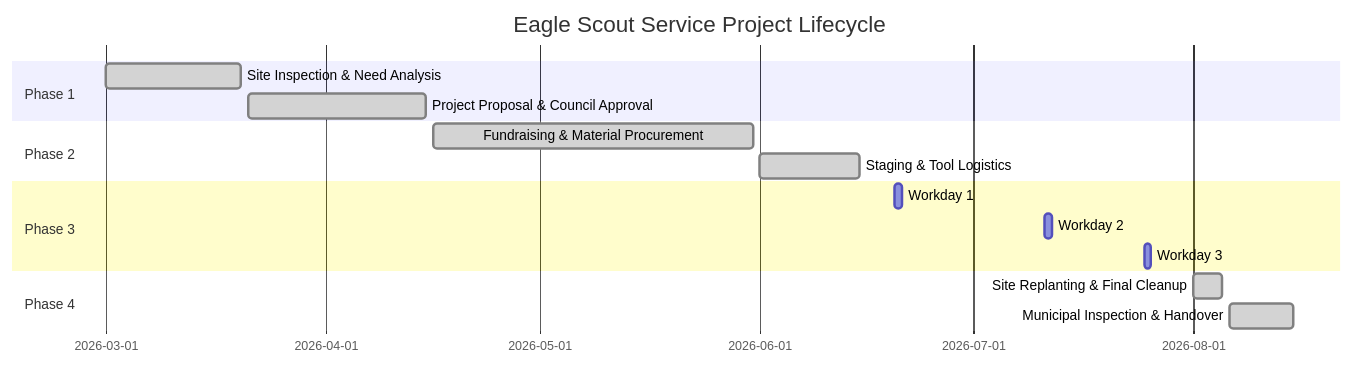
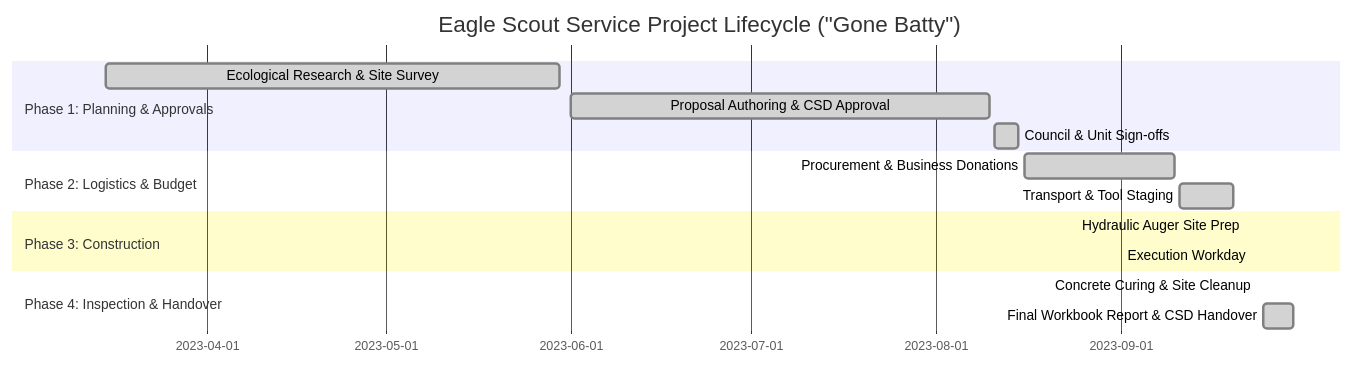
One commit to austinhttps/gonebatty-eaglescout changed the diagram in README.md. Above: the diagram before and after it, drawn with Mermaid. The commit also changed other lines of this file and 1 other file, not shown here.

Commit message:
feat: update website and documentation with Gone Batty wildlife conservation project details

````diff
--- a/README.md
+++ b/README.md
@@ -78,18 +81,18 @@
 ```mermaid
 gantt
-    title Eagle Scout Service Project Lifecycle
+    title Eagle Scout Service Project Lifecycle ("Gone Batty")
     dateFormat  YYYY-MM-DD
-    section Phase 1
-    Site Inspection & Need Analysis      :done, 2026-03-01, 2026-03-20
-    Project Proposal & Council Approval   :done, 2026-03-21, 2026-04-15
-    section Phase 2
-    Fundraising & Material Procurement   :done, 2026-04-16, 2026-05-31
-    Staging & Tool Logistics             :done, 2026-06-01, 2026-06-15
-    section Phase 3
-    Workday 1: Excavation & Footings     :done, 2026-06-20, 2026-06-21
-    Workday 2: Framing & Joists          :done, 2026-07-11, 2026-07-12
-    Workday 3: Decking & Kickrails       :done, 2026-07-25, 2026-07-26
-    section Phase 4
-    Site Replanting & Final Cleanup      :done, 2026-08-01, 2026-08-05
-    Municipal Inspection & Handover      :done, 2026-08-06, 2026-08-15
+    section Phase 1: Planning & Approvals
+    Ecological Research & Site Survey    :done, 2023-03-15, 2023-05-30
+    Proposal Authoring & CSD Approval    :done, 2023-06-01, 2023-08-10
+    Council & Unit Sign-offs             :done, 2023-08-11, 2023-08-15
+    section Phase 2: Logistics & Budget
+    Procurement & Business Donations     :done, 2023-08-16, 2023-09-10
+    Transport & Tool Staging             :done, 2023-09-11, 2023-09-20
+    section Phase 3: Construction
+    Hydraulic Auger Site Prep            :done, 2023-09-22, 2023-09-22
+    Execution Workday: Assembly & Pour   :done, 2023-09-23, 2023-09-23
+    section Phase 4: Inspection & Handover
+    Concrete Curing & Site Cleanup       :done, 2023-09-24, 2023-09-24
+    Final Workbook Report & CSD Handover :done, 2023-09-25, 2023-09-30
 ```
````
